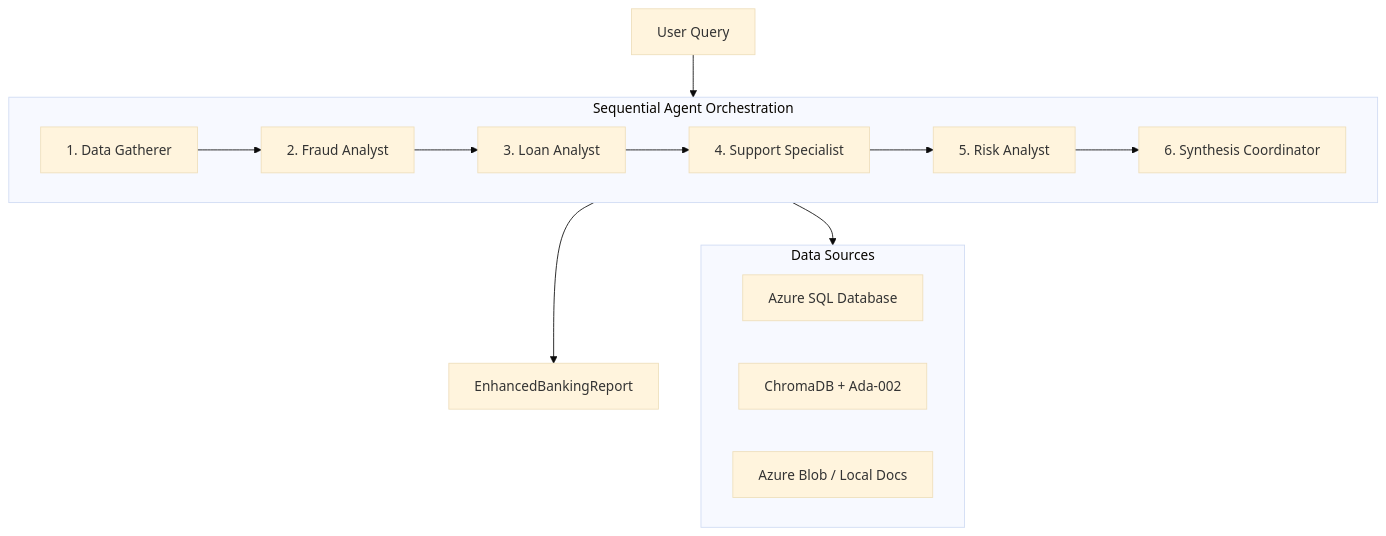
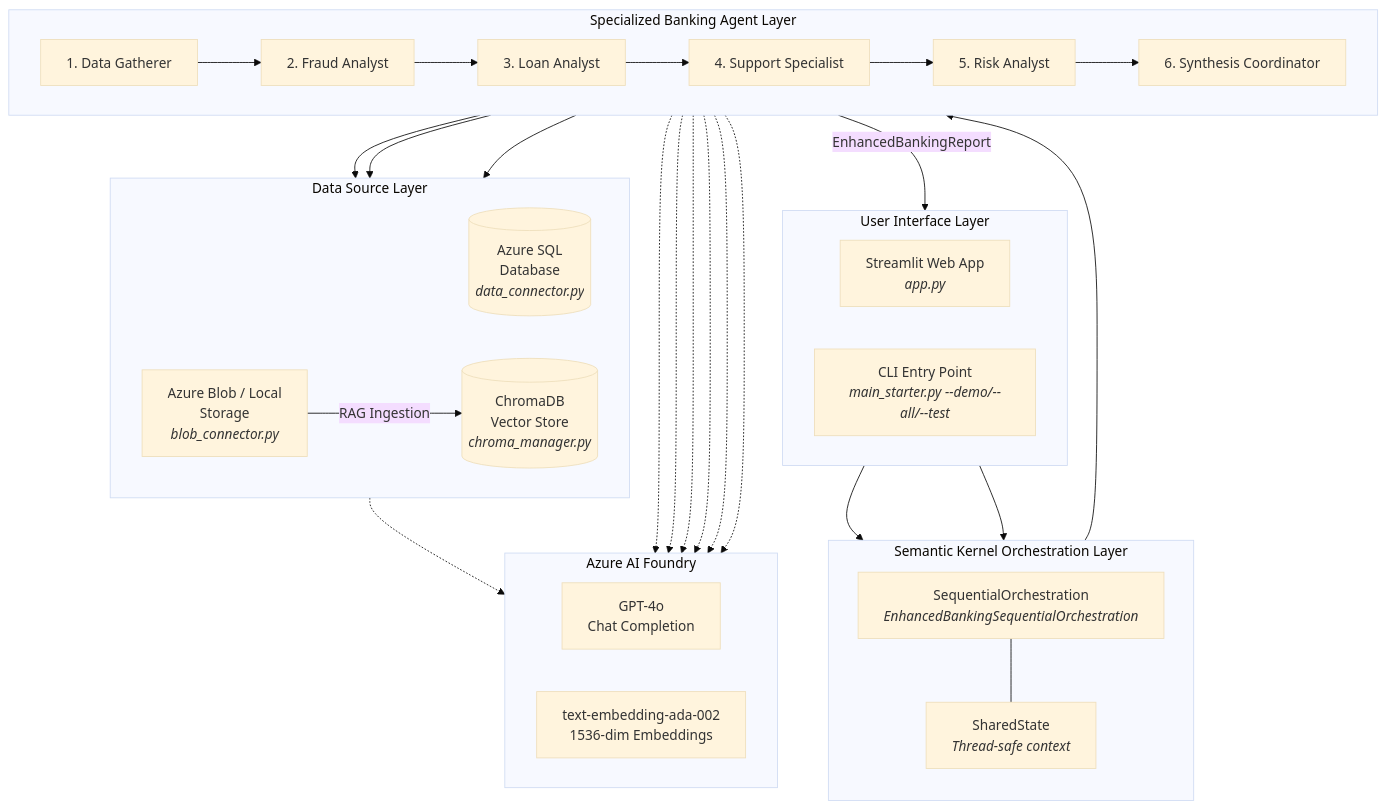
Before and after one commit to rodolfolermacontreras/AI-Vectra-Bank-AI-Agentic-RAG-for-Banking: the first of 3 diagrams in README.md, drawn with Mermaid (base theme). The commit also changed other lines of this file and 2 other files, not shown here.

First line of the commit message:
feat: add Streamlit UI dashboard and Mermaid architecture diagrams

````diff
--- a/README.md
+++ b/README.md
@@ -14,21 +16,50 @@
 ```mermaid
-graph TB
-    subgraph Orchestration["Sequential Agent Orchestration"]
-        A1["1. Data Gatherer"] --> A2["2. Fraud Analyst"]
-        A2 --> A3["3. Loan Analyst"]
-        A3 --> A4["4. Support Specialist"]
-        A4 --> A5["5. Risk Analyst"]
-        A5 --> A6["6. Synthesis Coordinator"]
+flowchart TB
+    subgraph UI["User Interface Layer"]
+        direction LR
+        StreamlitApp["Streamlit Web App<br/><i>app.py</i>"]
+        CLI["CLI Entry Point<br/><i>main_starter.py --demo/--all/--test</i>"]
     end
 
-    User["User Query"] --> Orchestration
-    Orchestration --> Report["EnhancedBankingReport"]
-
-    subgraph Data["Data Sources"]
-        SQL["Azure SQL Database"]
-        Chroma["ChromaDB + Ada-002"]
-        Blob["Azure Blob / Local Docs"]
+    subgraph Orchestration["Semantic Kernel Orchestration Layer"]
+        direction TB
+        Orch["SequentialOrchestration<br/><i>EnhancedBankingSequentialOrchestration</i>"]
+        SharedState["SharedState<br/><i>Thread-safe context</i>"]
+        Orch --- SharedState
     end
 
-    Orchestration --> Data
+    subgraph AgentLayer["Specialized Banking Agent Layer"]
+        direction LR
+        A1["1. Data Gatherer"]
+        A2["2. Fraud Analyst"]
+        A3["3. Loan Analyst"]
+        A4["4. Support Specialist"]
+        A5["5. Risk Analyst"]
+        A6["6. Synthesis Coordinator"]
+    end
+
+    subgraph DataLayer["Data Source Layer"]
+        direction LR
+        SQL[("Azure SQL<br/>Database<br/><i>data_connector.py</i>")]
+        Chroma[("ChromaDB<br/>Vector Store<br/><i>chroma_manager.py</i>")]
+        Blob["Azure Blob / Local<br/>Storage<br/><i>blob_connector.py</i>"]
+    end
+
+    subgraph AILayer["Azure AI Foundry"]
+        direction LR
+        GPT["GPT-4o<br/>Chat Completion"]
+        Ada["text-embedding-ada-002<br/>1536-dim Embeddings"]
+    end
+
+    StreamlitApp --> Orch
+    CLI --> Orch
+    Orch --> A1 --> A2 --> A3 --> A4 --> A5 --> A6
+    A6 --> |EnhancedBankingReport| UI
+
+    A1 & A2 & A3 & A4 & A5 & A6 -.-> GPT
+    A1 --> SQL
+    A1 --> Chroma
+    A1 --> Blob
+    Chroma -.-> Ada
+    Blob --> |RAG Ingestion| Chroma
 ```
````
